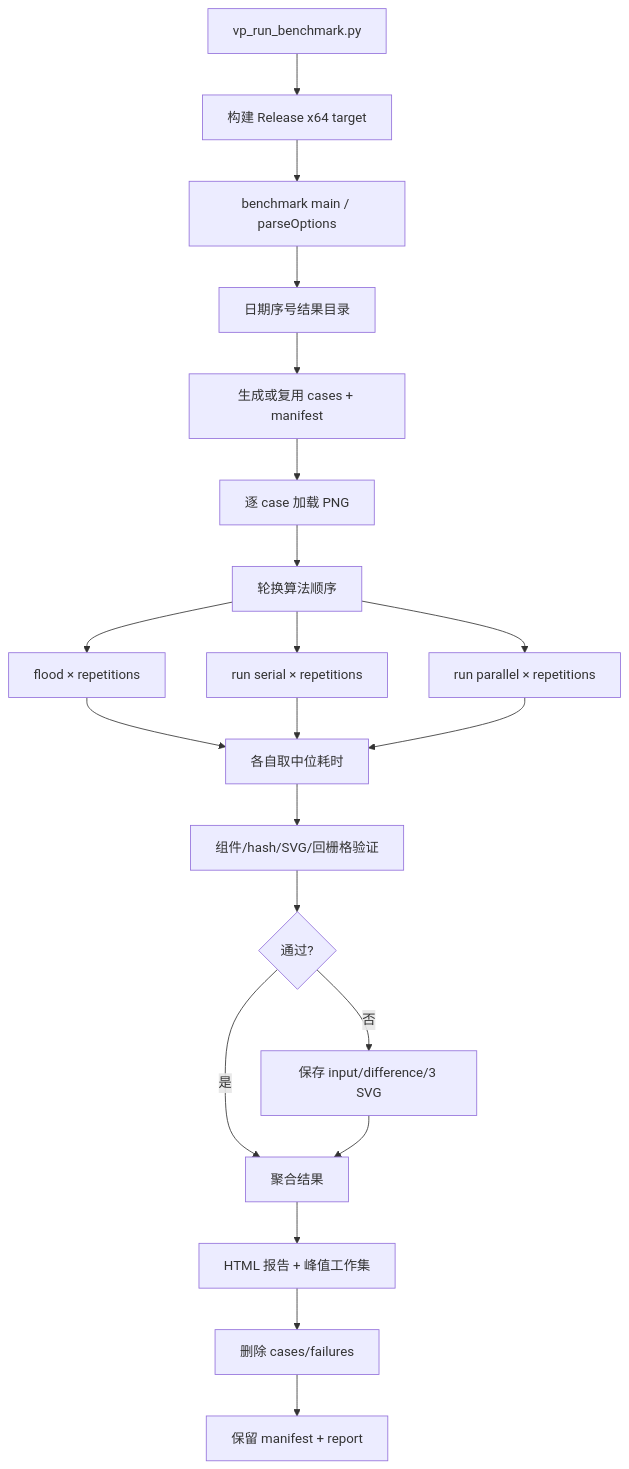
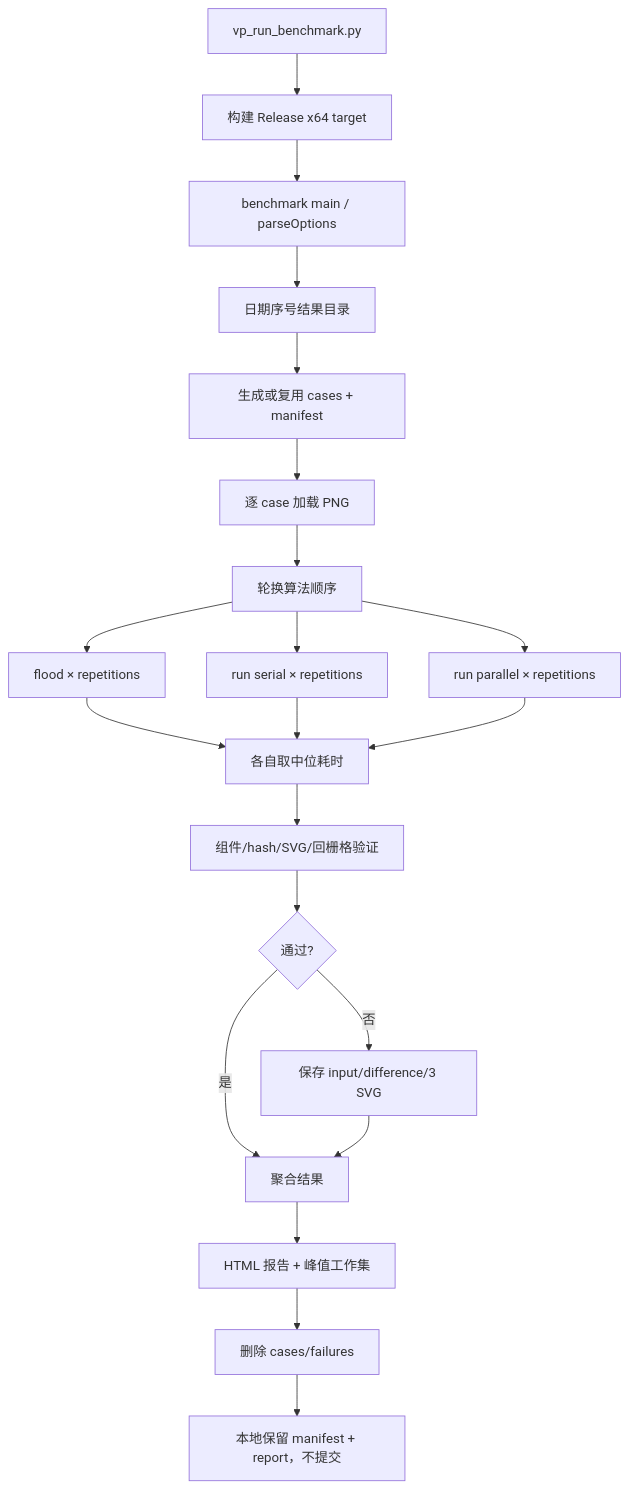
One commit to HJX0201/vectorPath changed the ninth of 10 diagrams in sgraphDocs/BITMAP_VECTORIZATION_SOURCE_REFERENCE.md. Above: the diagram before and after it, drawn with Mermaid. The commit also changed other lines of this file and 19 other files, not shown here.

````diff
--- a/sgraphDocs/BITMAP_VECTORIZATION_SOURCE_REFERENCE.md
+++ b/sgraphDocs/BITMAP_VECTORIZATION_SOURCE_REFERENCE.md
@@ -955,23 +956,23 @@
 ```mermaid
 flowchart TD
     A["vp_run_benchmark.py"] --> B["构建 Release x64 target"]
     B --> C["benchmark main / parseOptions"]
     C --> D["日期序号结果目录"]
     D --> E["生成或复用 cases + manifest"]
     E --> F["逐 case 加载 PNG"]
     F --> G["轮换算法顺序"]
     G --> H["flood × repetitions"]
     G --> I["run serial × repetitions"]
     G --> J["run parallel × repetitions"]
     H --> K["各自取中位耗时"]
     I --> K
     J --> K
     K --> L["组件/hash/SVG/回栅格验证"]
     L --> M{"通过?"}
     M -- 否 --> N["保存 input/difference/3 SVG"]
     M -- 是 --> O["聚合结果"]
     N --> O
     O --> P["HTML 报告 + 峰值工作集"]
     P --> Q["删除 cases/failures"]
-    Q --> R["保留 manifest + report"]
+    Q --> R["本地保留 manifest + report，不提交"]
 ```
````
